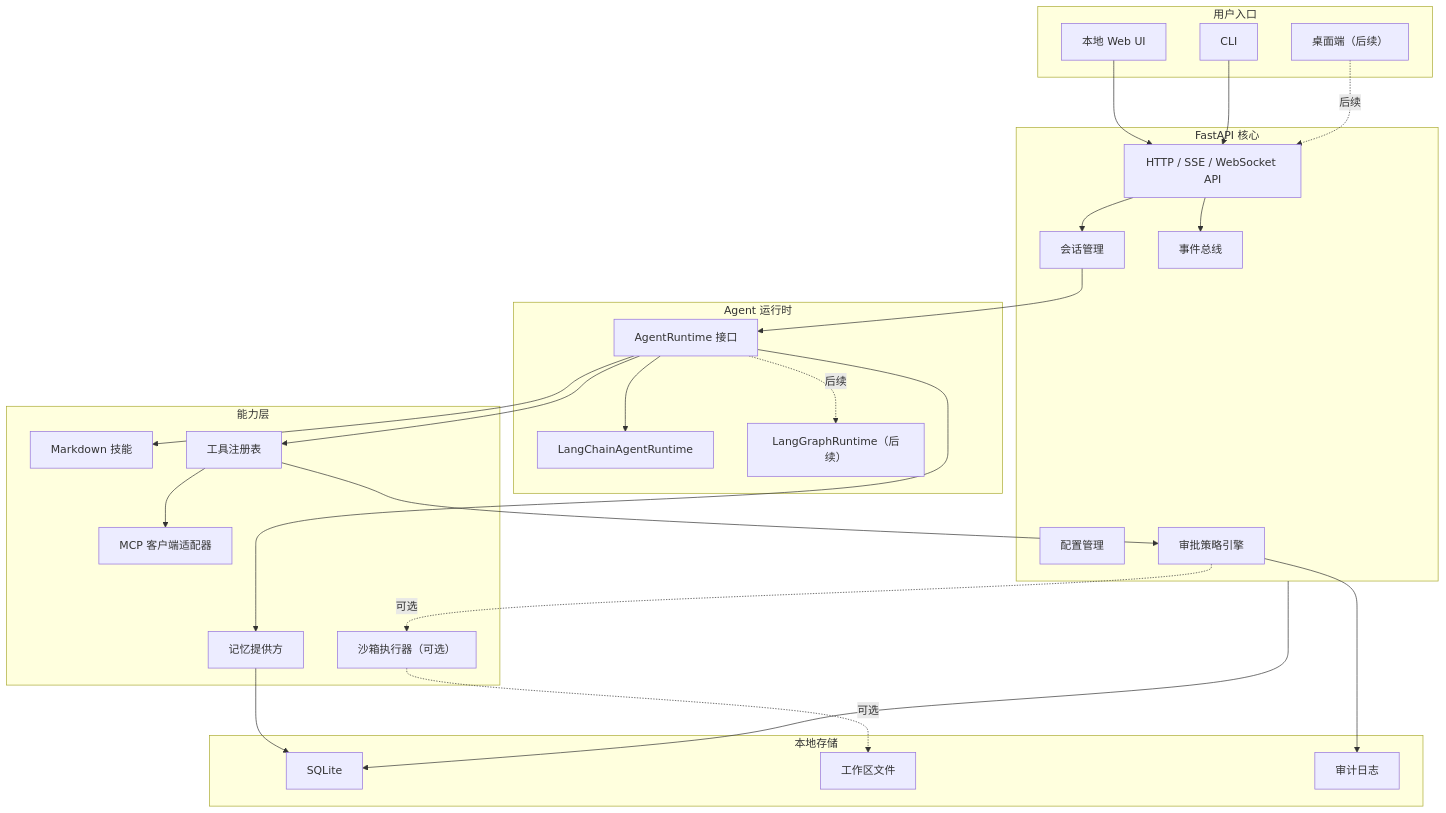
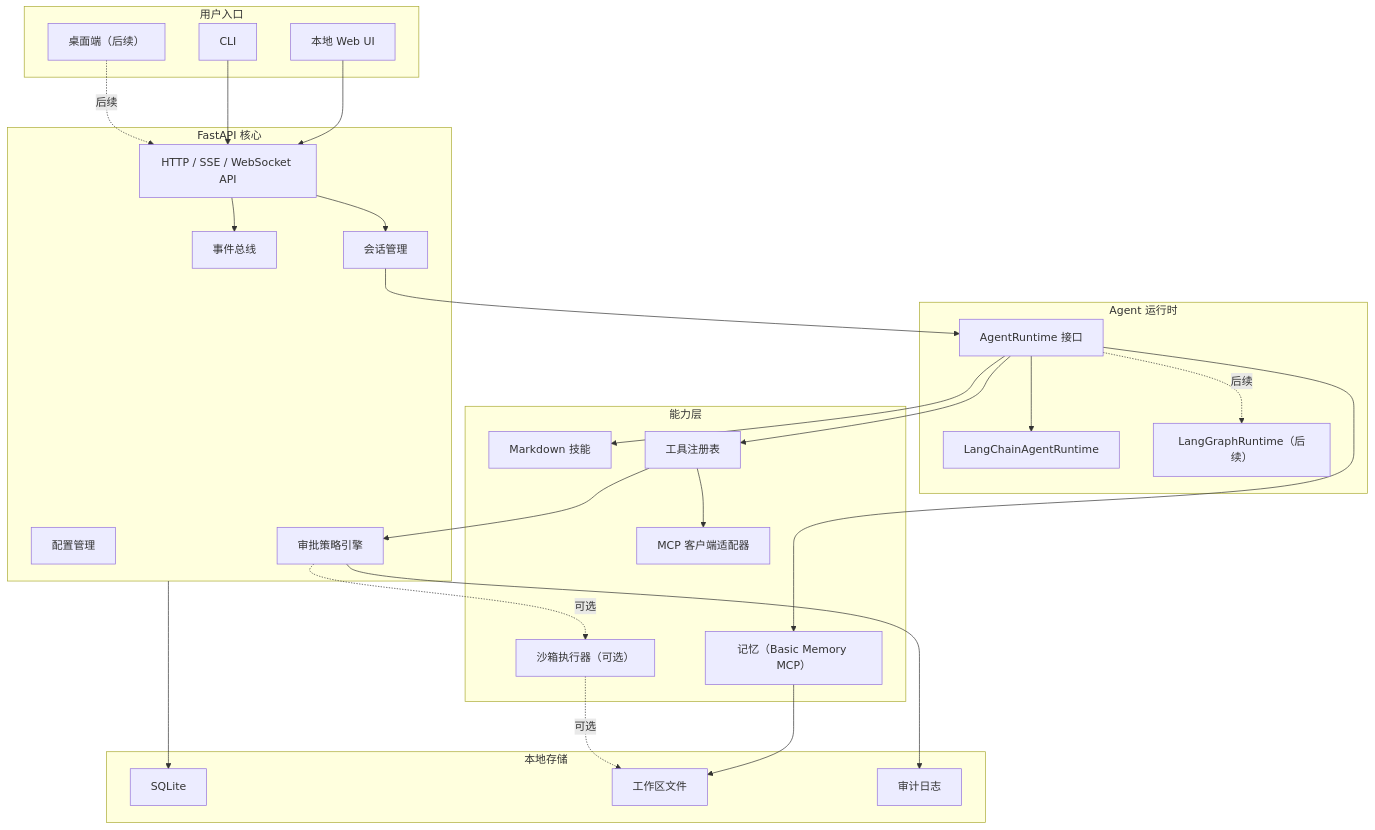
Before and after one commit to noAbandonsj/easy-claw: the diagram in docs/architecture.md, drawn with Mermaid. The commit also changed other lines of this file, not shown here.

````diff
--- a/docs/architecture.md
+++ b/docs/architecture.md
@@ -23,55 +23,55 @@
 ```mermaid
 flowchart TB
     subgraph Entry["用户入口"]
         Web["本地 Web UI"]
         CLI["CLI"]
         Desktop["桌面端（后续）"]
     end
 
     subgraph Core["FastAPI 核心"]
         API["HTTP / SSE / WebSocket API"]
         Session["会话管理"]
         Config["配置管理"]
         Events["事件总线"]
         Policy["审批策略引擎"]
     end
 
     subgraph Runtime["Agent 运行时"]
         Agent["AgentRuntime 接口"]
         LC["LangChainAgentRuntime"]
         LG["LangGraphRuntime（后续）"]
     end
 
     subgraph Capabilities["能力层"]
         Skills["Markdown 技能"]
         Tools["工具注册表"]
         MCP["MCP 客户端适配器"]
-        Memory["记忆提供方"]
+        Memory["记忆（Basic Memory MCP）"]
         Sandbox["沙箱执行器（可选）"]
     end
 
     subgraph Storage["本地存储"]
         SQLite["SQLite"]
         Files["工作区文件"]
         Logs["审计日志"]
     end
 
     Web --> API
     CLI --> API
     Desktop -. 后续 .-> API
     API --> Session
     API --> Events
     Session --> Agent
     Agent --> LC
     Agent -. 后续 .-> LG
     Agent --> Skills
     Agent --> Tools
     Agent --> Memory
     Tools --> MCP
     Tools --> Policy
     Policy -. 可选 .-> Sandbox
     Core --> SQLite
-    Memory --> SQLite
+    Memory --> Files
     Sandbox -. 可选 .-> Files
     Policy --> Logs
 ```
````
